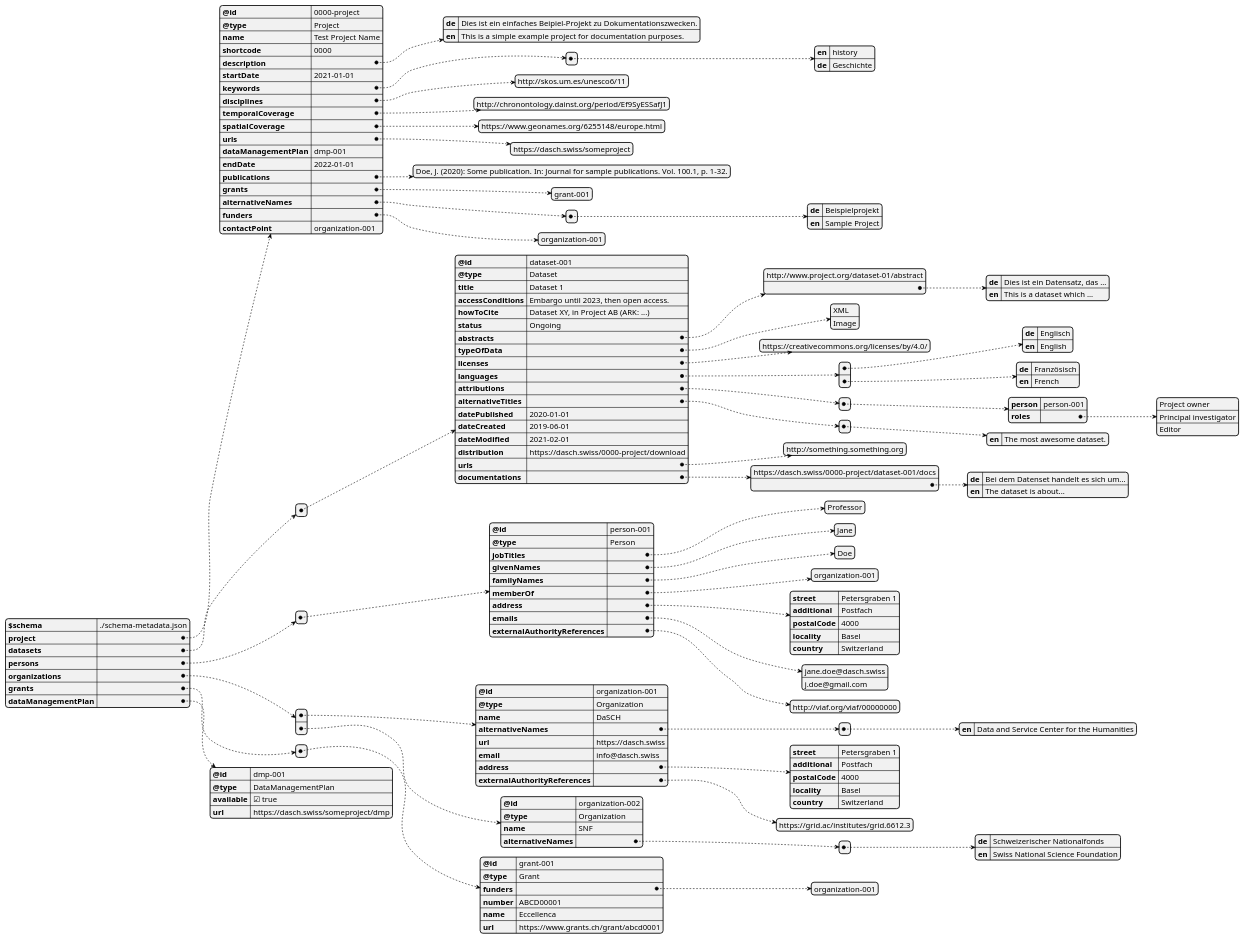
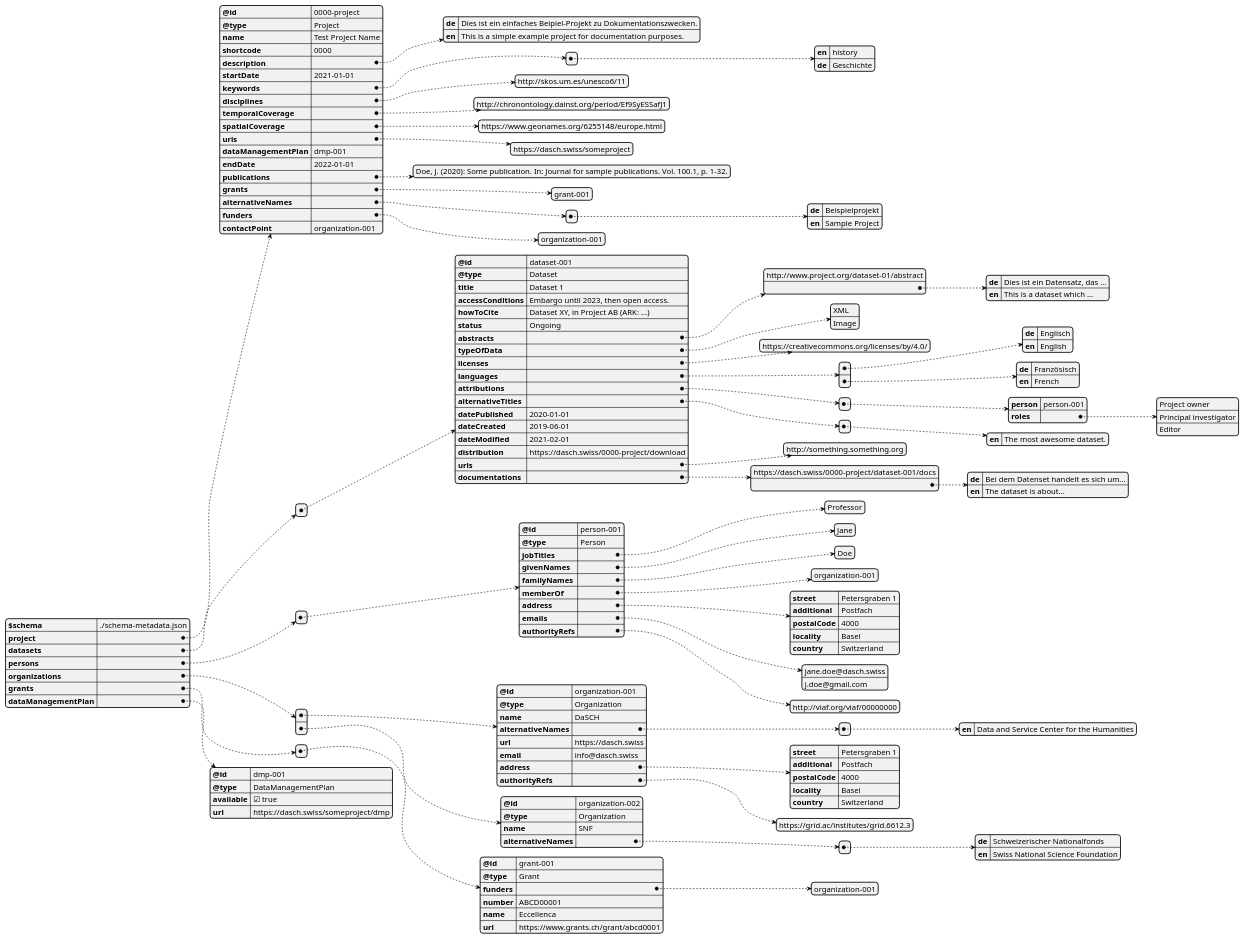
Before and after one commit to dasch-swiss/dasch-service-platform: the diagram in docs/services/metadata/api-example.puml, drawn with PlantUML. The commit also changed 6 other files, not shown here.

```diff
--- a/docs/services/metadata/api-example.puml
+++ b/docs/services/metadata/api-example.puml
@@ -139,7 +139,7 @@
         "jane.doe@dasch.swiss",
         "j.doe@gmail.com"
       ],
-      "externalAuthorityReferences": [
+      "authorityRefs": [
         "http://viaf.org/viaf/00000000"
       ]
     }
@@ -163,7 +163,7 @@
         "locality": "Basel",
         "country": "Switzerland"
       },
-      "externalAuthorityReferences": [
+      "authorityRefs": [
         "https://grid.ac/institutes/grid.6612.3"
       ]
     },
```
